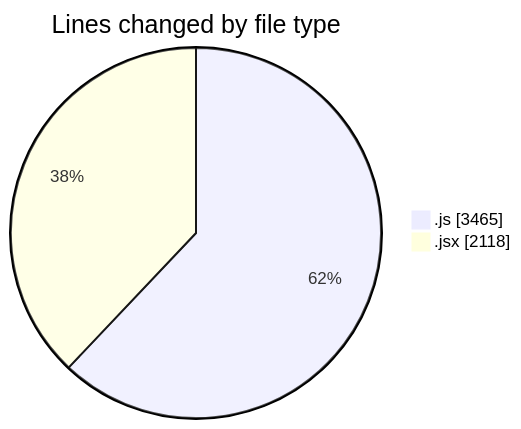
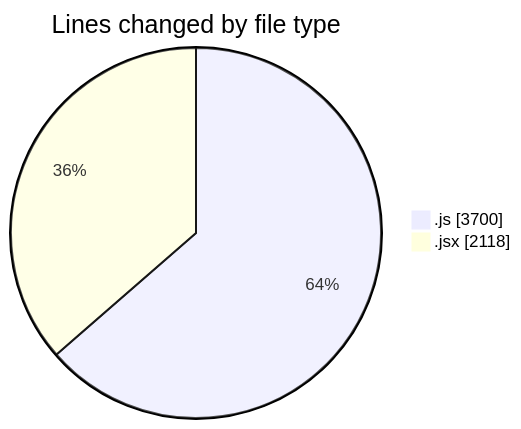
One commit to nxtqubesakshisongat/code-tracking changed the first of 2 diagrams in 2025-09-01/nxtqube_webapp/README.md. Above: the diagram before and after it, drawn with Mermaid. The commit also changed other lines of this file and 1 other file, not shown here.

````diff
--- a/2025-09-01/nxtqube_webapp/README.md
+++ b/2025-09-01/nxtqube_webapp/README.md
@@ -25,6 +25,6 @@
 ```mermaid
 pie showData
 title Lines changed by file type
-".js" : 3465
+".js" : 3700
 ".jsx" : 2118
 ```
````
